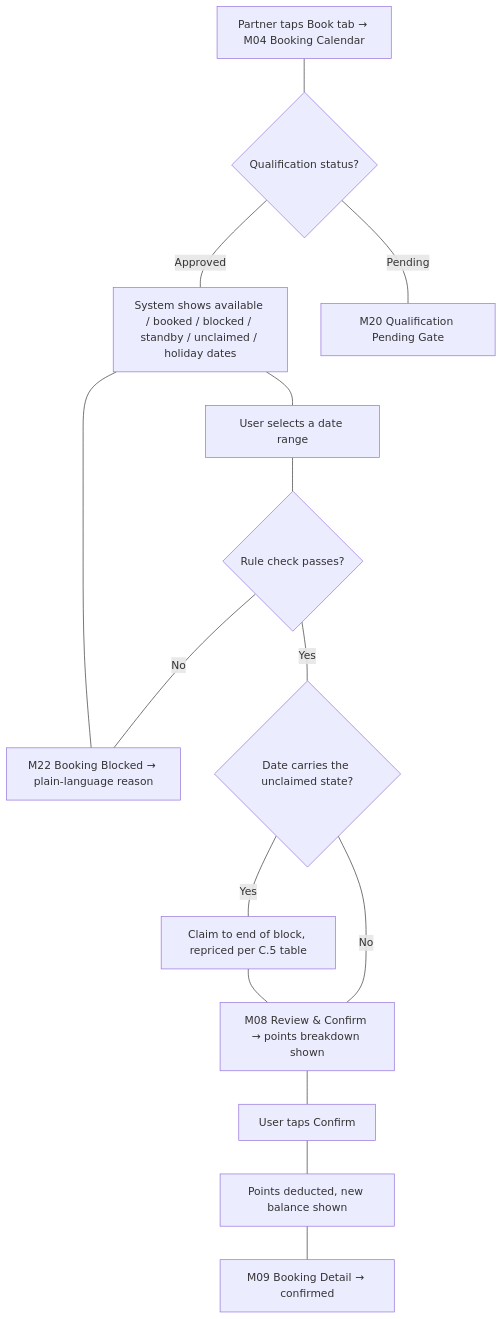
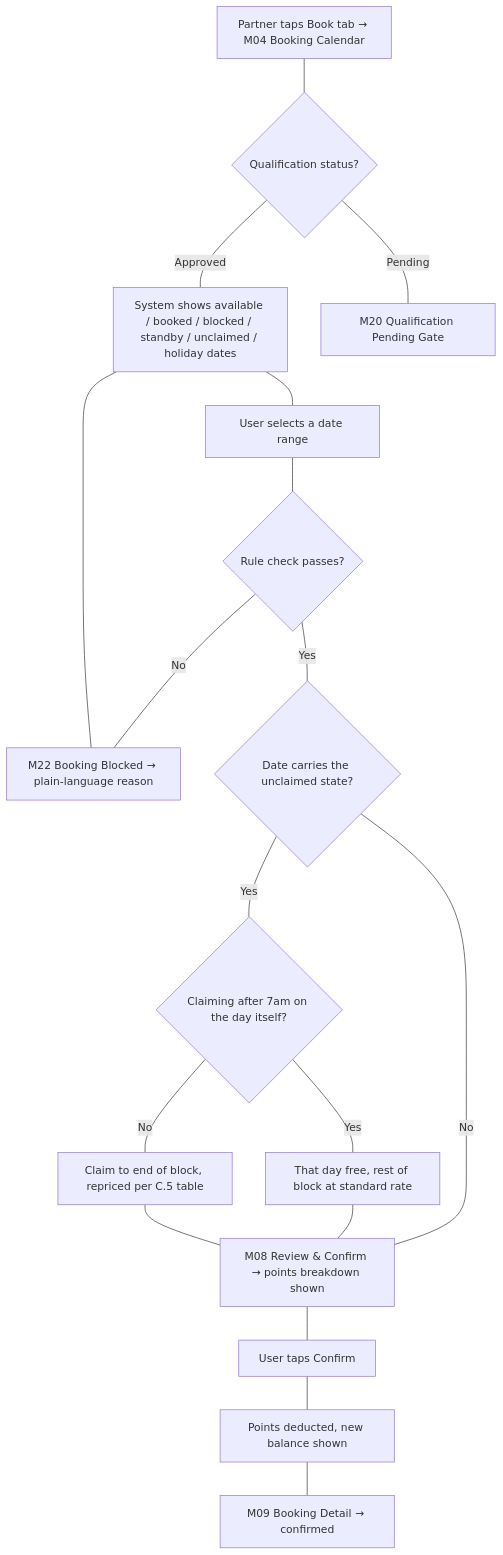
One commit to huongnguyen311/Offshore-Collective changed the first of 6 diagrams in design/05-user-flows.md. Above: the diagram before and after it, drawn with Mermaid. The commit also changed other lines of this file and 12 other files, not shown here.

````diff
--- a/design/05-user-flows.md
+++ b/design/05-user-flows.md
@@ -65,20 +65,23 @@
 ```mermaid
 flowchart TD
     A[Partner taps Book tab → M04 Booking Calendar]
     B[System shows available / booked / blocked / standby / unclaimed / holiday dates]
     Q{Qualification status?}
     A --- Q
     Q -- Pending --- QG[M20 Qualification Pending Gate]
     Q -- Approved --- B
     B --- C[User selects a date range]
     C --- D{Rule check passes?}
     D -- No --- E[M22 Booking Blocked → plain-language reason]
     E --- B
     D -- Yes --- F{Date carries the unclaimed state?}
-    F -- Yes --- G[Claim to end of block, repriced per C.5 table]
+    F -- Yes --- G{Claiming after 7am on the day itself?}
+    G -- Yes --- G1[That day free, rest of block at standard rate]
+    G -- No --- G2[Claim to end of block, repriced per C.5 table]
     F -- No --- H[M08 Review & Confirm → points breakdown shown]
-    G --- H
+    G1 --- H
+    G2 --- H
     H --- I[User taps Confirm]
     I --- J[Points deducted, new balance shown]
     J --- K[M09 Booking Detail → confirmed]
 ```
````
